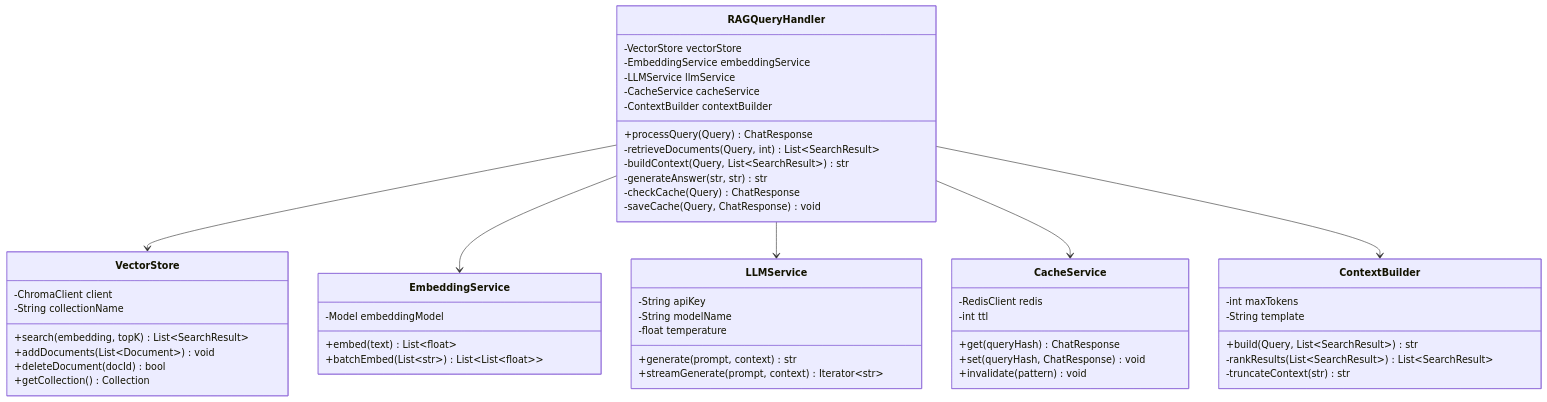
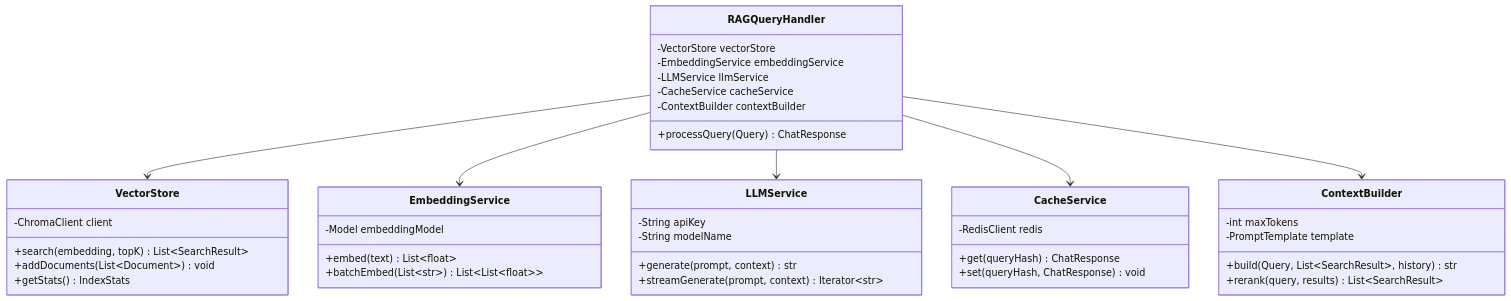
One commit to tvanle/Module2-HTTM changed the third of 10 diagrams in README.md. Above: the diagram before and after it, drawn with Mermaid. The commit also changed other lines of this file, not shown here.

````diff
--- a/README.md
+++ b/README.md
@@ -257,61 +250,50 @@
 ```mermaid
 classDiagram
     class RAGQueryHandler {
         -VectorStore vectorStore
         -EmbeddingService embeddingService
         -LLMService llmService
         -CacheService cacheService
         -ContextBuilder contextBuilder
         +processQuery(Query) ChatResponse
-        -retrieveDocuments(Query, int) List~SearchResult~
-        -buildContext(Query, List~SearchResult~) str
-        -generateAnswer(str, str) str
-        -checkCache(Query) ChatResponse
-        -saveCache(Query, ChatResponse) void
     }
 
     class VectorStore {
         -ChromaClient client
-        -String collectionName
         +search(embedding, topK) List~SearchResult~
         +addDocuments(List~Document~) void
-        +deleteDocument(docId) bool
-        +getCollection() Collection
+        +getStats() IndexStats
     }
 
     class EmbeddingService {
         -Model embeddingModel
         +embed(text) List~float~
         +batchEmbed(List~str~) List~List~float~~
     }
 
     class LLMService {
         -String apiKey
         -String modelName
-        -float temperature
         +generate(prompt, context) str
         +streamGenerate(prompt, context) Iterator~str~
     }
 
     class ContextBuilder {
         -int maxTokens
-        -String template
-        +build(Query, List~SearchResult~) str
-        -rankResults(List~SearchResult~) List~SearchResult~
-        -truncateContext(str) str
+        -PromptTemplate template
+        +build(Query, List~SearchResult~, history) str
+        +rerank(query, results) List~SearchResult~
     }
 
     class CacheService {
         -RedisClient redis
-        -int ttl
         +get(queryHash) ChatResponse
         +set(queryHash, ChatResponse) void
-        +invalidate(pattern) void
     }
 
     RAGQueryHandler --> VectorStore
     RAGQueryHandler --> EmbeddingService
     RAGQueryHandler --> LLMService
     RAGQueryHandler --> CacheService
     RAGQueryHandler --> ContextBuilder
 ```
````
